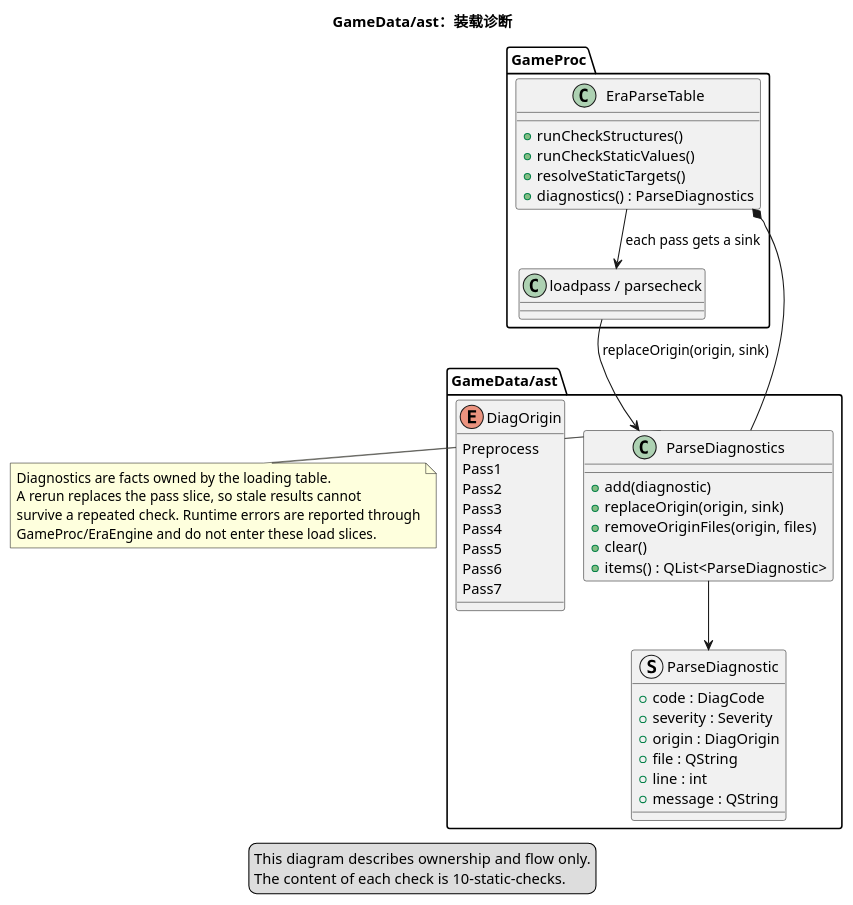
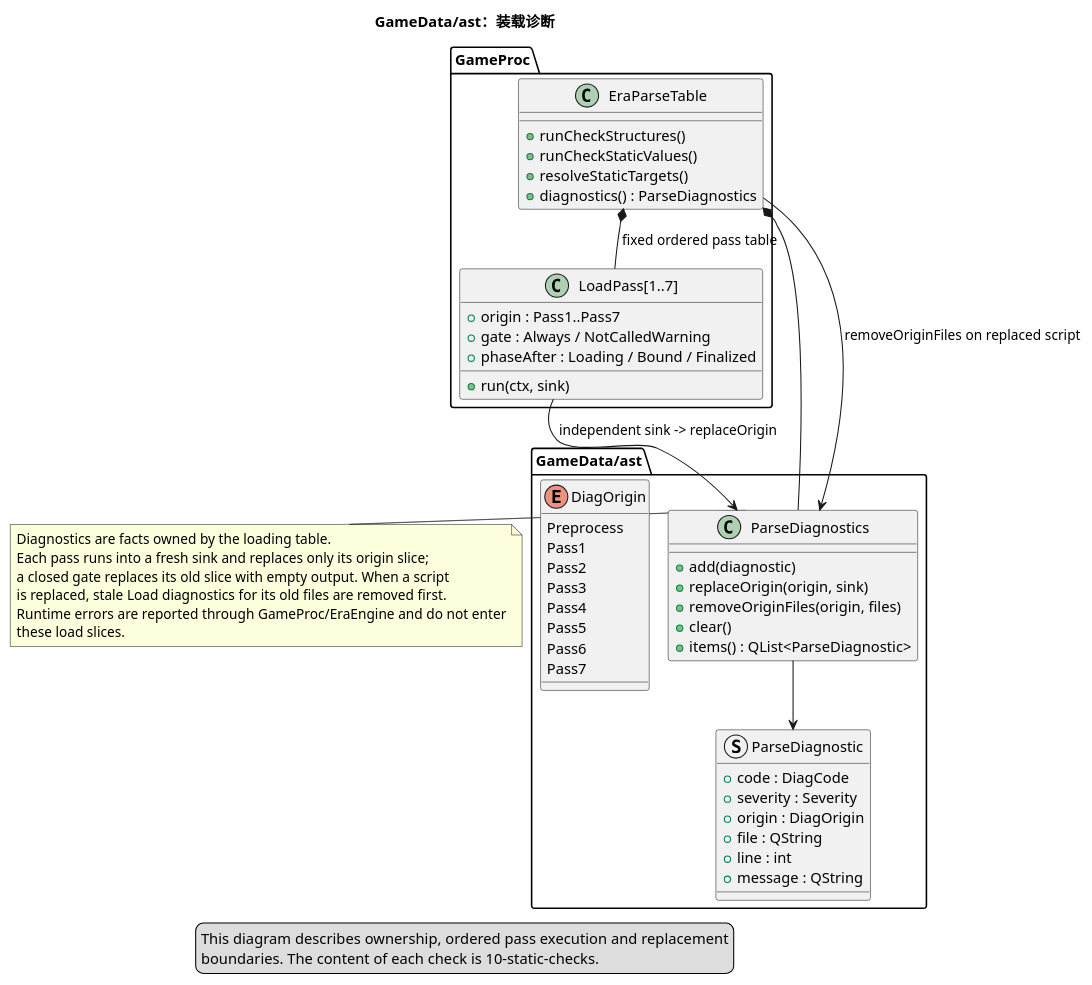
The diagram in docs/uml/09-diagnostics.puml (yigekuyou/qt-eraemu), drawn with PlantUML before and after one commit. The commit also changed 1 other file, not shown here.

```diff
--- a/docs/uml/09-diagnostics.puml
+++ b/docs/uml/09-diagnostics.puml
@@ -1,62 +1,70 @@
 @startuml 09-diagnostics
 !pragma layout smetana
 ' 装载诊断数据流与所有权；静态检查目录见 10-static-checks。
 ' 来源：GameData/ast/parse_diagnostic.h, GameProc/era_parse_table.cpp
 
 title GameData/ast：装载诊断
 
 package "GameData/ast" {
   class ParseDiagnostics {
     + add(diagnostic)
     + replaceOrigin(origin, sink)
     + removeOriginFiles(origin, files)
     + clear()
     + items() : QList<ParseDiagnostic>
   }
   struct ParseDiagnostic {
     + code : DiagCode
     + severity : Severity
     + origin : DiagOrigin
     + file : QString
     + line : int
     + message : QString
   }
   enum DiagOrigin {
     Preprocess
     Pass1
     Pass2
     Pass3
     Pass4
     Pass5
     Pass6
     Pass7
   }
 }
 
 package "GameProc" {
   class EraParseTable {
     + runCheckStructures()
     + runCheckStaticValues()
     + resolveStaticTargets()
     + diagnostics() : ParseDiagnostics
   }
-  class "loadpass / parsecheck" as Pass
+  class "LoadPass[1..7]" as Pass {
+    + origin : Pass1..Pass7
+    + gate : Always / NotCalledWarning
+    + phaseAfter : Loading / Bound / Finalized
+    + run(ctx, sink)
+  }
 }
 
 EraParseTable *-- ParseDiagnostics
-EraParseTable --> Pass : each pass gets a sink
-Pass --> ParseDiagnostics : replaceOrigin(origin, sink)
+EraParseTable *-- Pass : fixed ordered pass table
+Pass --> ParseDiagnostics : independent sink -> replaceOrigin
 ParseDiagnostics --> ParseDiagnostic
+EraParseTable --> ParseDiagnostics : removeOriginFiles on replaced script
 
 note right of ParseDiagnostics
   Diagnostics are facts owned by the loading table.
-  A rerun replaces the pass slice, so stale results cannot
-  survive a repeated check. Runtime errors are reported through
-  GameProc/EraEngine and do not enter these load slices.
+  Each pass runs into a fresh sink and replaces only its origin slice;
+  a closed gate replaces its old slice with empty output. When a script
+  is replaced, stale Load diagnostics for its old files are removed first.
+  Runtime errors are reported through GameProc/EraEngine and do not enter
+  these load slices.
 end note
 
 legend bottom
-  This diagram describes ownership and flow only.
-  The content of each check is 10-static-checks.
+  This diagram describes ownership, ordered pass execution and replacement
+  boundaries. The content of each check is 10-static-checks.
 endlegend
 @enduml
```
